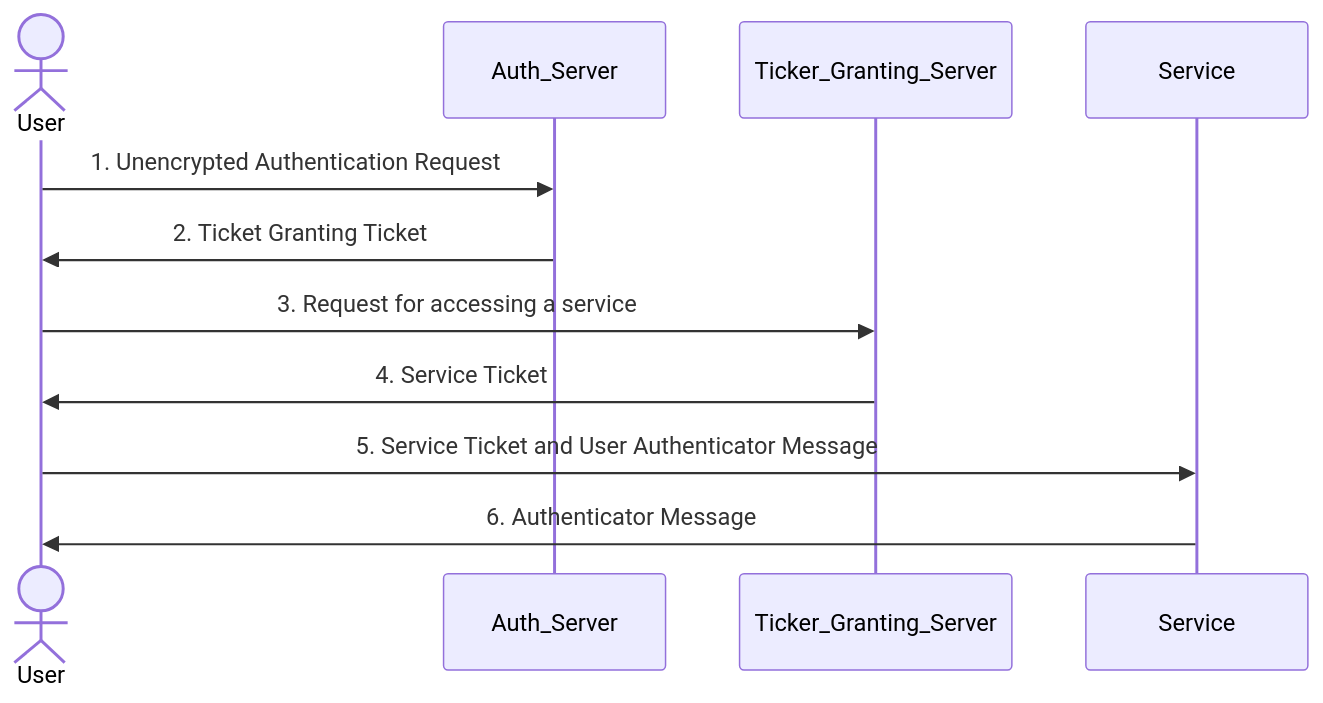
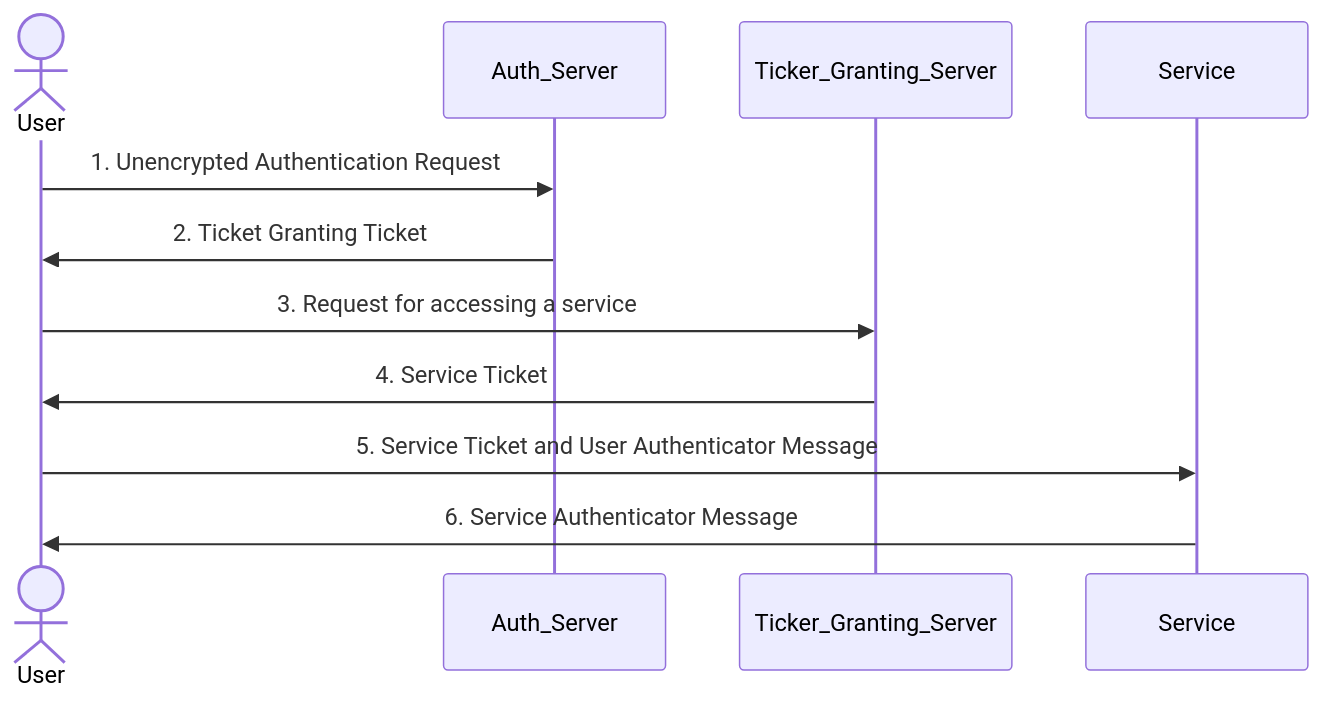
Before and after one commit to drdragon79/infosec-stuff: the diagram in Active Directory/AD Concepts/Kerberos.md, drawn with Mermaid. The commit also changed other lines of this file and 3 other files, not shown here.

````diff
--- a/Active Directory/AD Concepts/Kerberos.md
+++ b/Active Directory/AD Concepts/Kerberos.md
@@ -3,13 +3,13 @@
 ```mermaid
 sequenceDiagram
 	actor User
 	participant Auth_Server
 	participant TGS as Ticker_Granting_Server
 	participant Service
 	User->>Auth_Server: 1. Unencrypted Authentication Request
 	Auth_Server->>User: 2. Ticket Granting Ticket
 	User->>TGS: 3. Request for accessing a service
 	TGS->>User: 4. Service Ticket
 	User->>Service: 5. Service Ticket and User Authenticator Message
-	Service->>User: 6. Authenticator Message
+	Service->>User: 6. Service Authenticator Message
 ```
````
